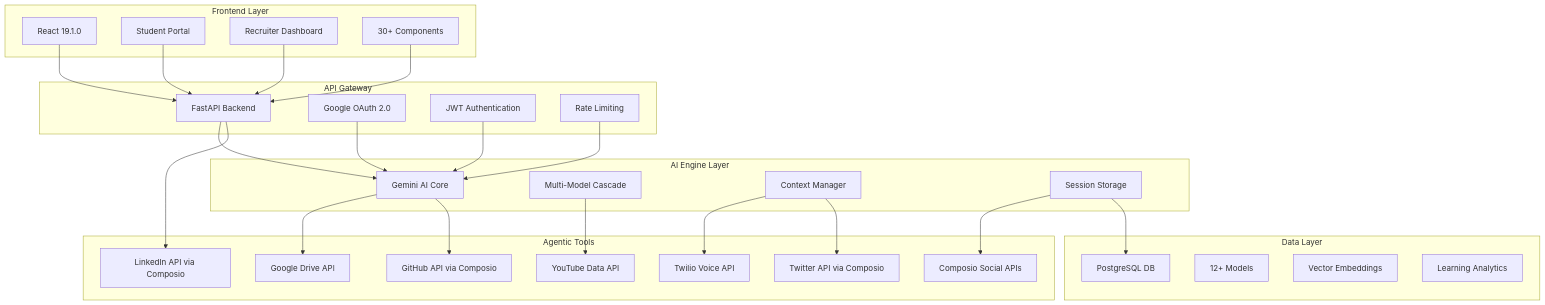
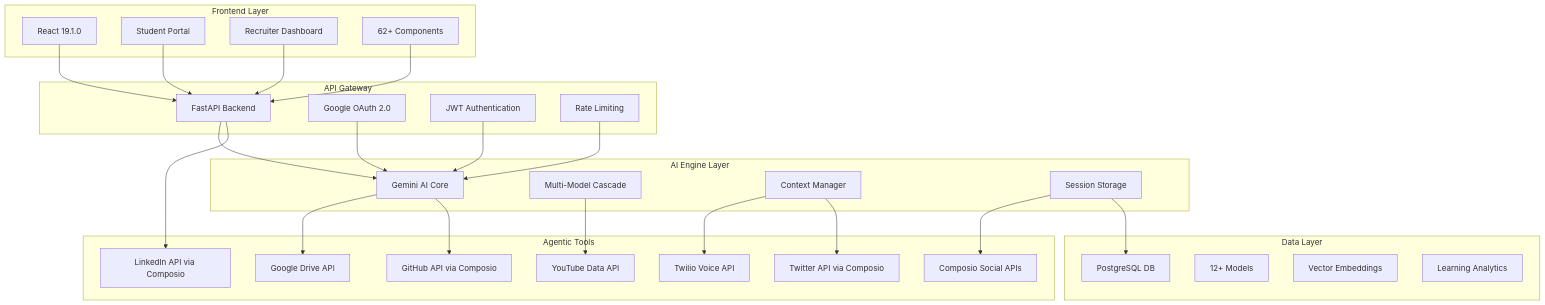
The third of 10 diagrams in README.md (abhiabhi150614/video-pop-up-for-steaming), drawn with Mermaid before and after one commit. The commit also changed other lines of this file, not shown here.

````diff
--- a/README.md
+++ b/README.md
@@ -177,57 +177,57 @@
 ```mermaid
 graph TB
     subgraph "Frontend Layer"
         A[React 19.1.0]
         B[Student Portal]
         C[Recruiter Dashboard]
-        D[30+ Components]
+        D[62+ Components]
     end
     
     subgraph "API Gateway"
         E[FastAPI Backend]
         F[Google OAuth 2.0]
         G[JWT Authentication]
         H[Rate Limiting]
     end
     
     subgraph "AI Engine Layer"
         I[Gemini AI Core]
         J[Multi-Model Cascade]
         K[Context Manager]
         L[Session Storage]
     end
     
     subgraph "Agentic Tools"
         M[Google Drive API]
         N[YouTube Data API]
         O[Twilio Voice API]
         P[Composio Social APIs]
         Q[LinkedIn API via Composio]
         R[GitHub API via Composio]
         S[Twitter API via Composio]
     end
     
     subgraph "Data Layer"
         T[PostgreSQL DB]
         U[12+ Models]
         V[Vector Embeddings]
         W[Learning Analytics]
     end
     
     A --> E
     B --> E
     C --> E
     D --> E
     E --> I
     F --> I
     G --> I
     H --> I
     I --> M
     J --> N
     K --> O
     L --> P
     E --> Q
     I --> R
     K --> S
     L --> T
 ```
````
